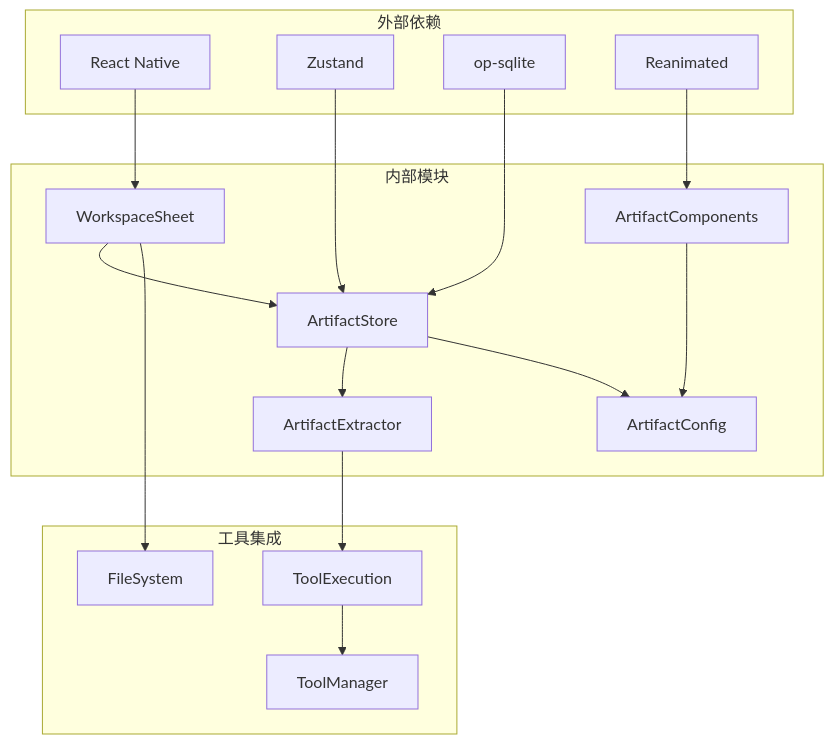
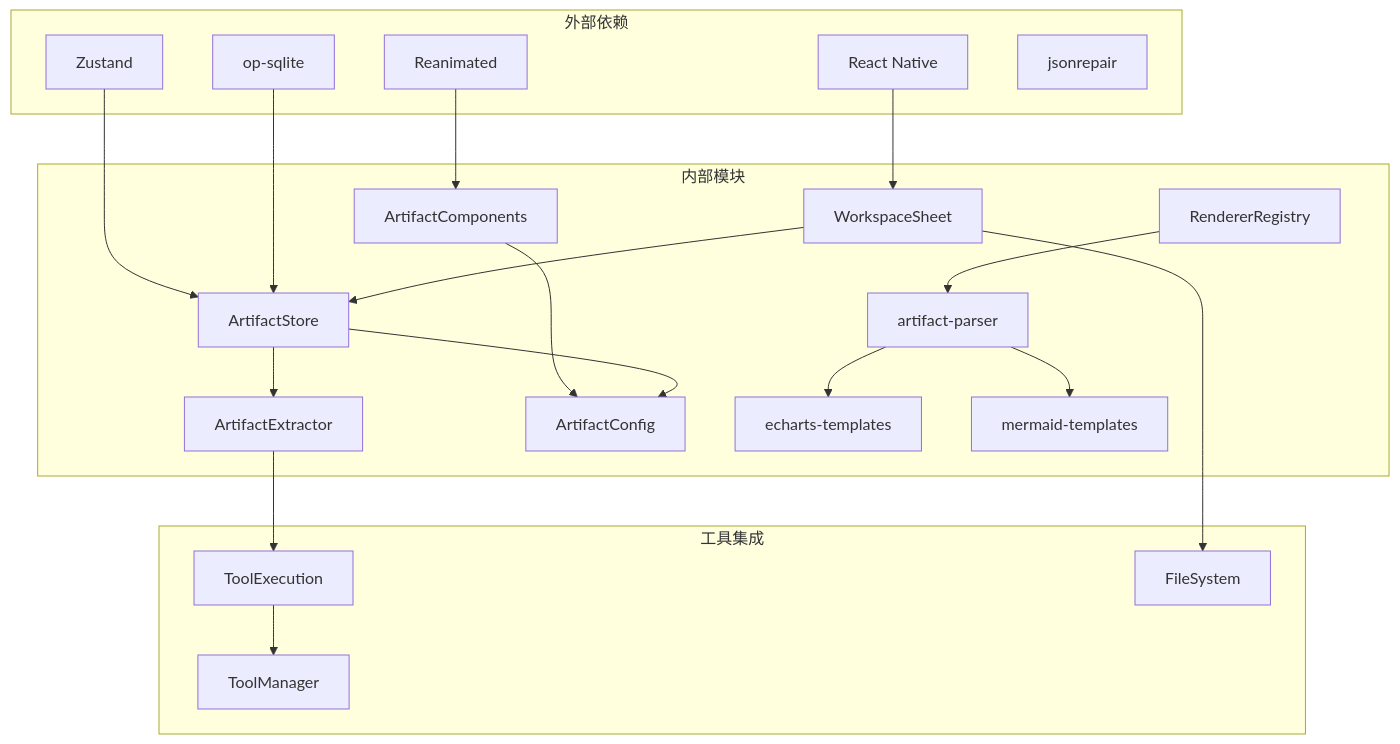
Diagram 14 of 14 in .qoder/repowiki/zh/content/开发指南/知识管理系统/工件系统实现.md (NarcisWL/Nexara), drawn with Mermaid before and after one commit. The commit also changed other lines of this file and 4 other files, not shown here.

````diff
--- a/.qoder/repowiki/zh/content/开发指南/知识管理系统/工件系统实现.md
+++ b/.qoder/repowiki/zh/content/开发指南/知识管理系统/工件系统实现.md
@@ -412,32 +654,40 @@
 ```mermaid
 graph TB
 subgraph "外部依赖"
 RN[React Native]
 ZS[Zustand]
 OS[op-sqlite]
 RA[Reanimated]
+JS[jsonrepair]
 end
 subgraph "内部模块"
 WS[WorkspaceSheet]
 AS[ArtifactStore]
 AE[ArtifactExtractor]
 AC[ArtifactComponents]
 CFG[ArtifactConfig]
+RR[RendererRegistry]
+AP[artifact-parser]
+ET[echarts-templates]
+MT[mermaid-templates]
 end
 subgraph "工具集成"
 TE[ToolExecution]
 TM[ToolManager]
 FS[FileSystem]
 end
 RN --> WS
 ZS --> AS
 OS --> AS
 RA --> AC
 WS --> AS
 AS --> AE
 AE --> TE
 TE --> TM
 WS --> FS
 AC --> CFG
 AS --> CFG
+RR --> AP
+AP --> ET
+AP --> MT
 ```
````
